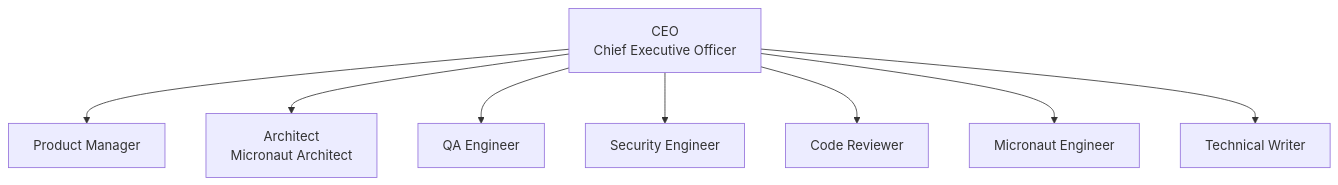
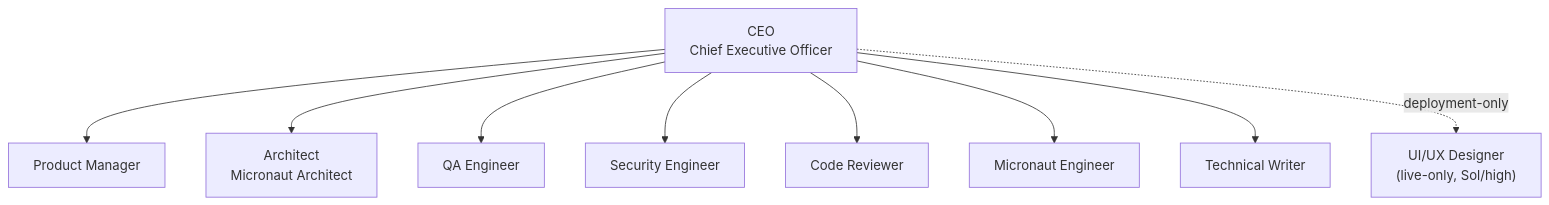
The second of 2 diagrams in README.md (alvarosanchez/micronaut-agent-company), drawn with Mermaid before and after one commit. The commit also changed other lines of this file and 56 other files, not shown here.

````diff
--- a/README.md
+++ b/README.md
@@ -358,19 +385,21 @@
 ```mermaid
 flowchart TD
     CEO["CEO<br/>Chief Executive Officer"]
     PM["Product Manager"]
     Architect["Architect<br/>Micronaut Architect"]
     QA["QA Engineer"]
     Security["Security Engineer"]
     Reviewer["Code Reviewer"]
     Engineer["Micronaut Engineer"]
     Writer["Technical Writer"]
+    UIUX["UI/UX Designer<br/>(live-only, Sol/high)"]
 
     CEO --> PM
     CEO --> Architect
     CEO --> QA
     CEO --> Security
     CEO --> Reviewer
     CEO --> Engineer
     CEO --> Writer
+    CEO -. deployment-only .-> UIUX
 ```
````
